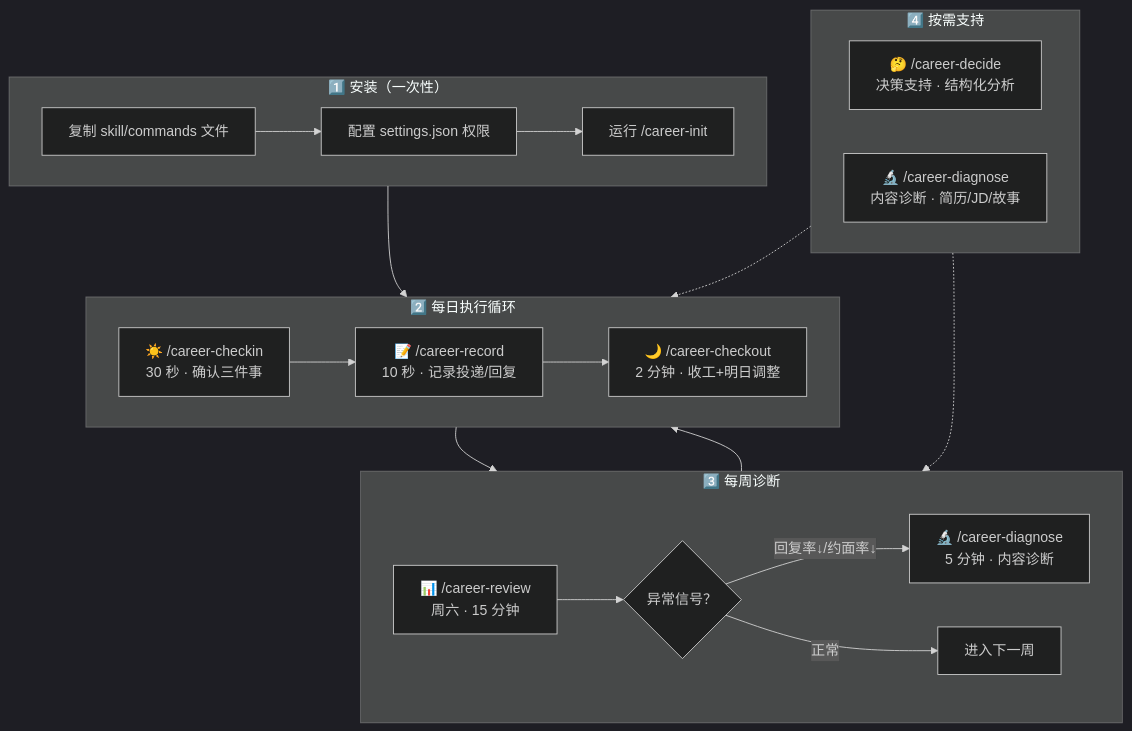
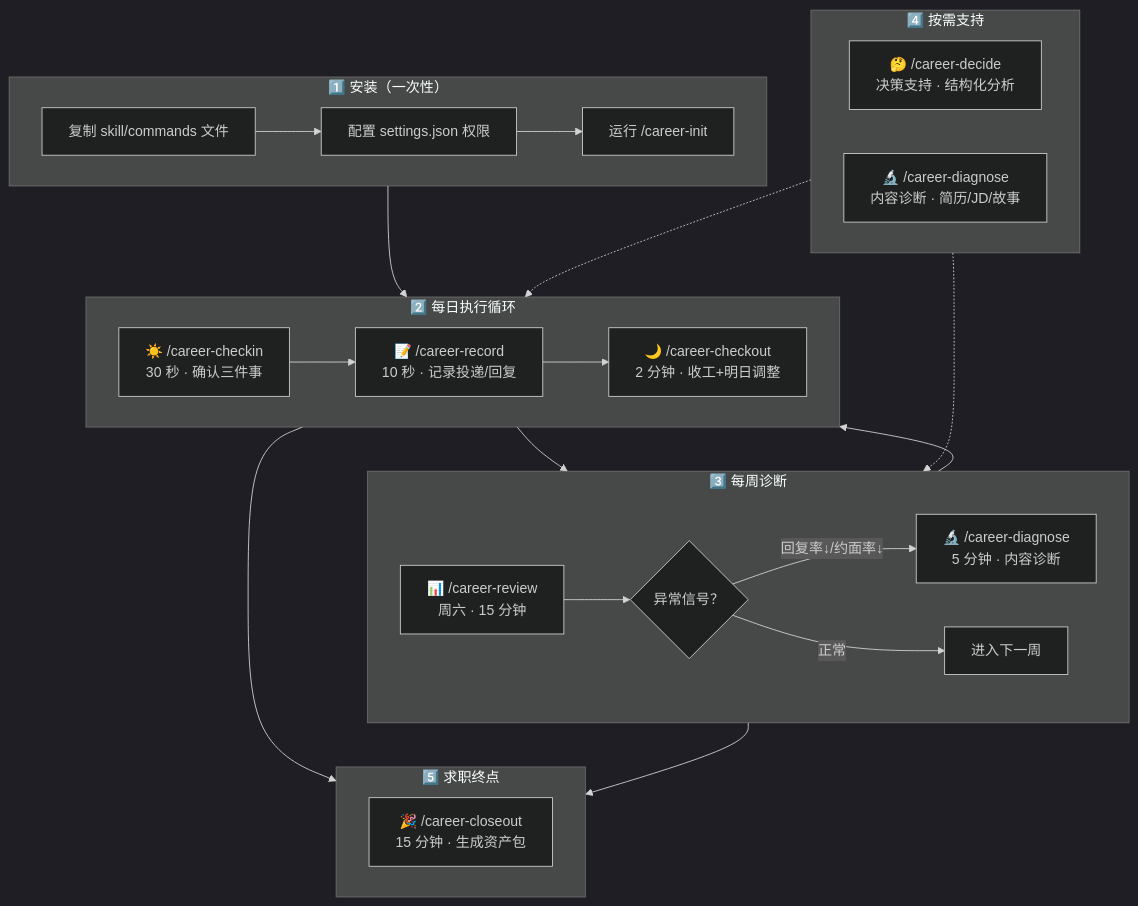
One commit to tangzzz-fan/career-coach-claude-skill changed the first of 3 diagrams in README.md. Above: the diagram before and after it, drawn with Mermaid (dark theme). The commit also changed other lines of this file and 2 other files, not shown here.

````diff
--- a/README.md
+++ b/README.md
@@ -44,32 +48,38 @@
 ```mermaid
 flowchart TB
     subgraph 安装["1️⃣ 安装（一次性）"]
         direction LR
         A1["复制 skill/commands 文件"] --> A2["配置 settings.json 权限"] --> A3["运行 /career-init"]
     end
 
     subgraph 日常循环["2️⃣ 每日执行循环"]
         direction LR
         B1["☀️ /career-checkin<br/>30 秒 · 确认三件事"] --> B2["📝 /career-record<br/>10 秒 · 记录投递/回复"]
         B2 --> B3["🌙 /career-checkout<br/>2 分钟 · 收工+明日调整"]
     end
 
     subgraph 周循环["3️⃣ 每周诊断"]
         direction LR
         C1["📊 /career-review<br/>周六 · 15 分钟"] --> C2{"异常信号？"}
         C2 -->|"回复率↓/约面率↓"| C3["🔬 /career-diagnose<br/>5 分钟 · 内容诊断"]
         C2 -->|"正常"| C4["进入下一周"]
     end
 
     subgraph 按需["4️⃣ 按需支持"]
         direction LR
         D1["🤔 /career-decide<br/>决策支持 · 结构化分析"]
         D2["🔬 /career-diagnose<br/>内容诊断 · 简历/JD/故事"]
     end
 
+    subgraph 收官["5️⃣ 求职终点"]
+        E1["🎉 /career-closeout<br/>15 分钟 · 生成资产包"]
+    end
+
     安装 --> 日常循环
     日常循环 --> 周循环
     周循环 --> 日常循环
     按需 -.-> 日常循环
     按需 -.-> 周循环
+    日常循环 --> 收官
+    周循环 --> 收官
 ```
````
